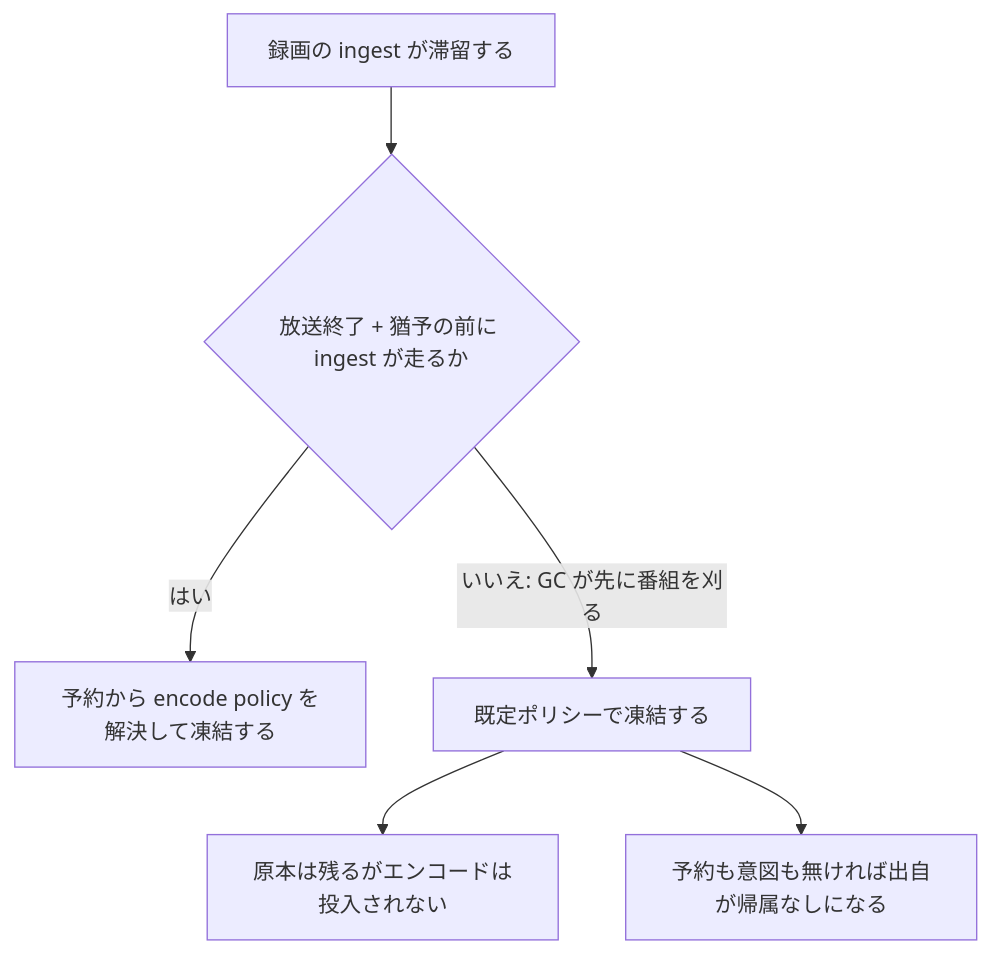
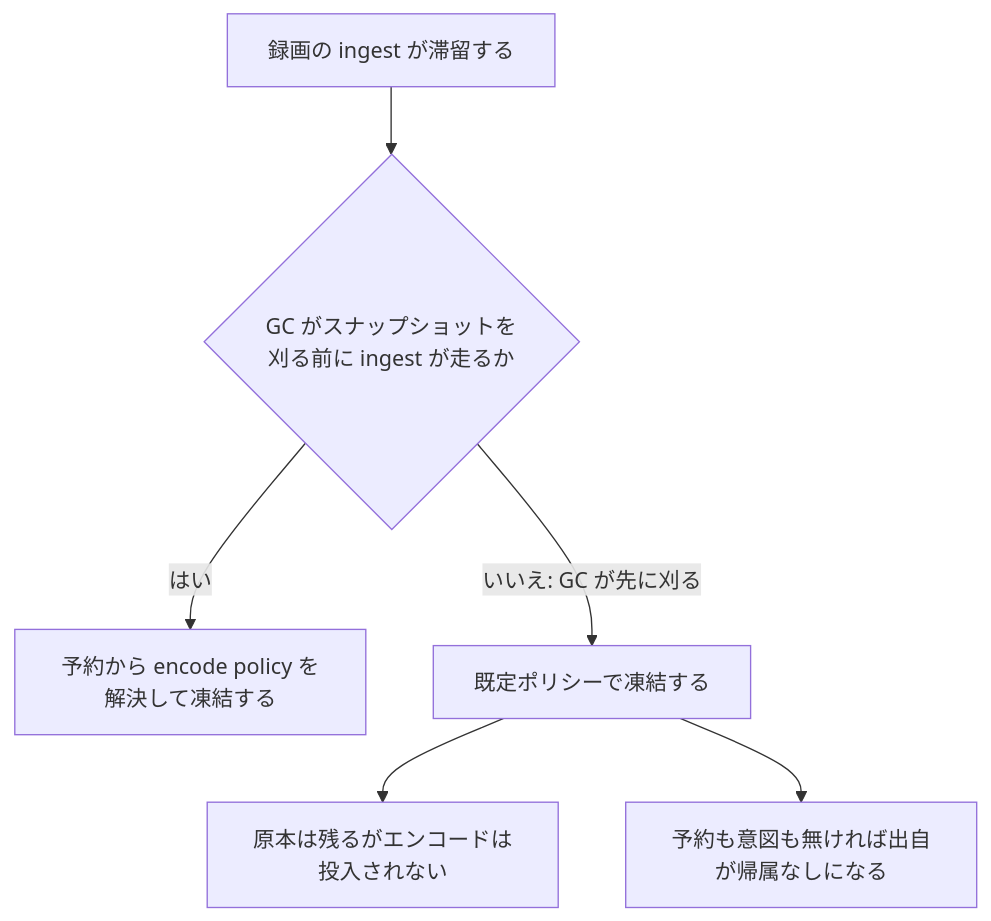
The diagram in docs/operations/storage.md (fetburner/rokuban), drawn with Mermaid before and after one commit. The commit also changed other lines of this file and 20 other files, not shown here.

````diff
--- a/docs/operations/storage.md
+++ b/docs/operations/storage.md
@@ -76,8 +76,8 @@
 ```mermaid
 flowchart TD
-  A["録画の ingest が滞留する"] --> B{"放送終了 + 猶予の前に ingest が走るか"}
+  A["録画の ingest が滞留する"] --> B{"GC がスナップショットを刈る前に ingest が走るか"}
   B -->|はい| C["予約から encode policy を解決して凍結する"]
-  B -->|いいえ: GC が先に番組を刈る| D["既定ポリシーで凍結する"]
+  B -->|いいえ: GC が先に刈る| D["既定ポリシーで凍結する"]
   D --> E["原本は残るがエンコードは投入されない"]
   D --> F["予約も意図も無ければ出自が帰属なしになる"]
 ```
````
